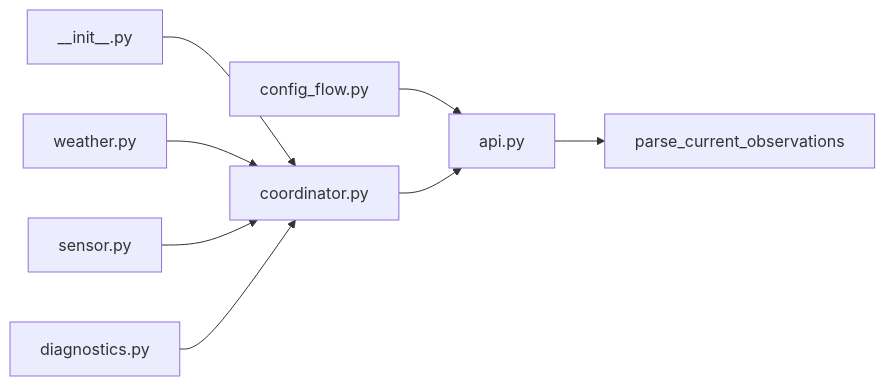
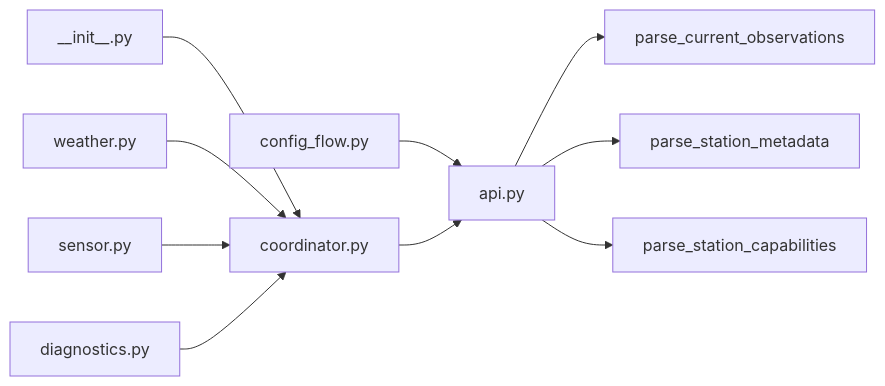
Before and after one commit to ara686/ha-chmi-weather: the diagram in docs/architecture.md, drawn with Mermaid. The commit also changed other lines of this file and 21 other files, not shown here.

Commit message:
Add CHMI station selection and capabilities

````diff
--- a/docs/architecture.md
+++ b/docs/architecture.md
@@ -3,10 +3,12 @@
 ```mermaid
 flowchart LR
   ConfigFlow["config_flow.py"] --> API["api.py"]
   API --> Parser["parse_current_observations"]
+  API --> MetadataParser["parse_station_metadata"]
+  API --> CapabilityParser["parse_station_capabilities"]
   Init["__init__.py"] --> Coordinator["coordinator.py"]
   Coordinator --> API
   Weather["weather.py"] --> Coordinator
   Sensors["sensor.py"] --> Coordinator
   Diagnostics["diagnostics.py"] --> Coordinator
 ```
````
